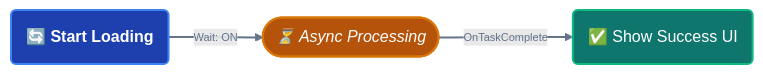
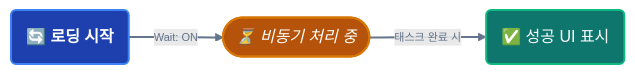
The fourth of 6 diagrams in i18n/ko/docusaurus-plugin-content-docs/current/game-event-system/flow-graph/game-event-node-behavior.md (tinygiants-tech/TinyGiants), drawn with Mermaid before and after one commit. The commit also changed other lines of this file and 81 other files, not shown here.

````diff
--- a/i18n/ko/docusaurus-plugin-content-docs/current/game-event-system/flow-graph/game-event-node-behavior.md
+++ b/i18n/ko/docusaurus-plugin-content-docs/current/game-event-system/flow-graph/game-event-node-behavior.md
@@ -454,24 +451,18 @@
 ```mermaid
 graph LR
-    %% 节点定义
-    A("🔄 Start Loading"):::event
-    B(["⏳ Async Processing"]):::wait
-    C("✅ Show Success UI"):::action
+    %% 노드 정의
+    A("🔄 로딩 시작"):::event
+    B(["⏳ 비동기 처리 중"]):::wait
+    C("✅ 성공 UI 표시"):::action
 
-    %% 逻辑路径
+    %% 로직 경로
     A ==>|Wait: ON| B
-    B -- "OnTaskComplete" --> C
+    B -- "태스크 완료 시" --> C
 
-    %% --- 样式定义 (保持实心质感 & 适配黑白主题) ---
-    %% Event: 深蓝色实心 + 亮蓝边框
+    %% 스타일 정의
     classDef event fill:#1e40af,stroke:#3b82f6,stroke-width:2px,color:#ffffff,font-weight:bold
-    
-    %% Wait: 琥珀色实心胶囊。用颜色暗示这是一个“中间状态”
     classDef wait fill:#b45309,stroke:#d97706,stroke-width:2px,color:#ffffff,font-style:italic
-    
-    %% Action: 深绿色实心 + 亮绿边框
     classDef action fill:#0f766e,stroke:#10b981,stroke-width:2px,color:#ffffff
 
-    %% 全局连线：中性灰色，在黑白背景下表现稳定
     linkStyle default stroke:#64748b,stroke-width:2px,color:#64748b,font-size:11px
 ```
````
